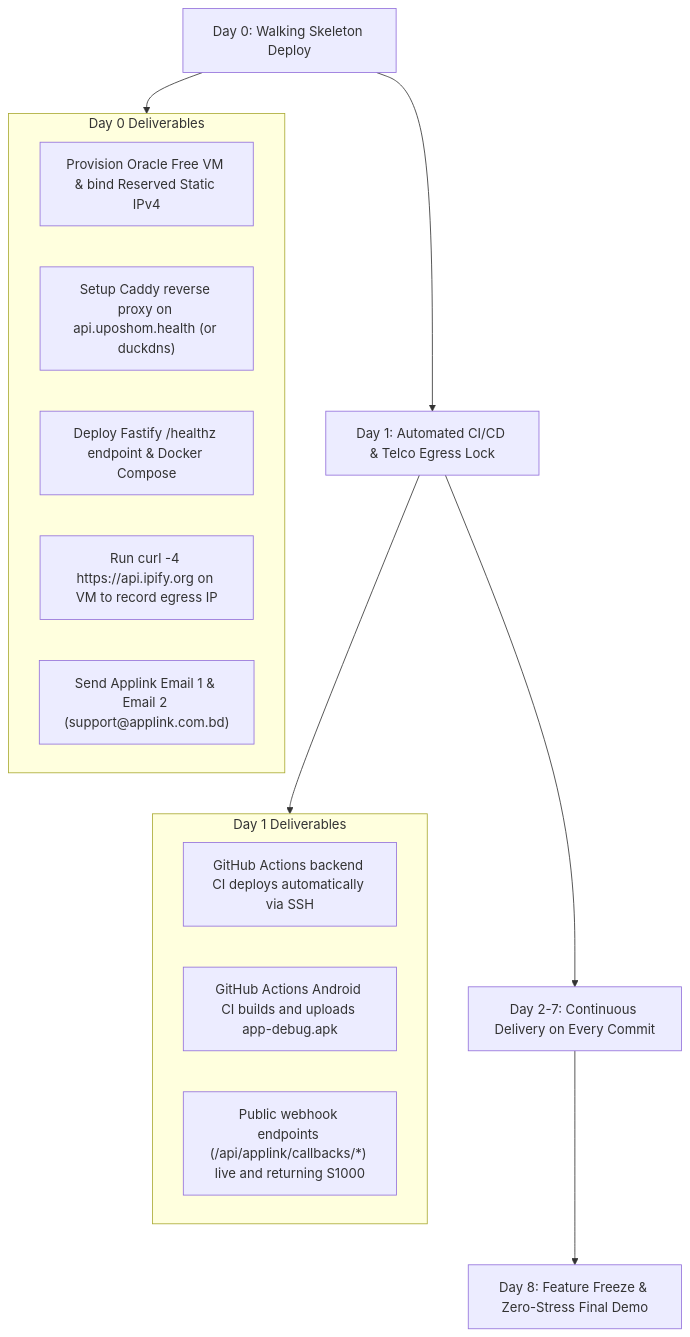
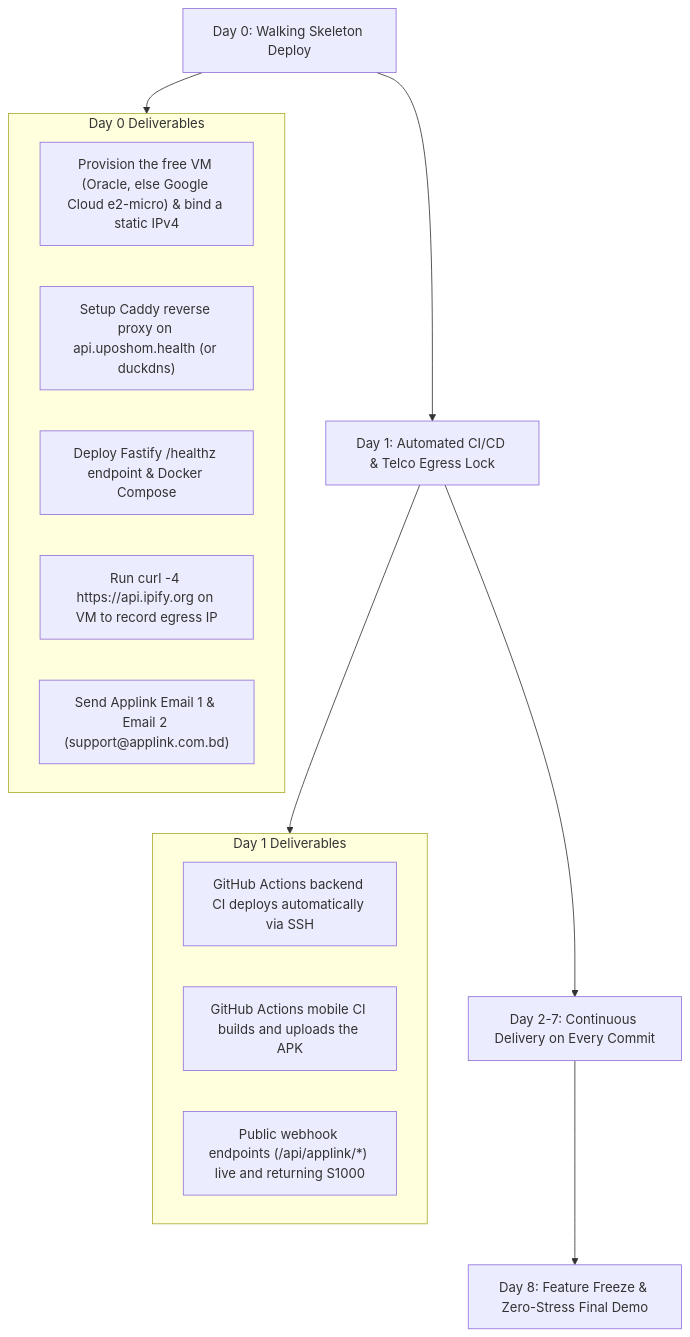
Before and after one commit to RidwanRK/Uposhom: the ninth of 9 diagrams in Master_Plan.md, drawn with Mermaid. The commit also changed other lines of this file and 2 other files, not shown here.

````diff
--- a/Master_Plan.md
+++ b/Master_Plan.md
@@ -1322,23 +1411,23 @@
 ```mermaid
 flowchart TD
     D0["Day 0: Walking Skeleton Deploy"] --> D1["Day 1: Automated CI/CD & Telco Egress Lock"]
     D1 --> D2["Day 2-7: Continuous Delivery on Every Commit"]
     D2 --> D8["Day 8: Feature Freeze & Zero-Stress Final Demo"]
 
     subgraph D0_Tasks ["Day 0 Deliverables"]
-        T1["Provision Oracle Free VM & bind Reserved Static IPv4"]
+        T1["Provision the free VM (Oracle, else Google Cloud e2-micro) & bind a static IPv4"]
         T2["Setup Caddy reverse proxy on api.uposhom.health (or duckdns)"]
         T3["Deploy Fastify /healthz endpoint & Docker Compose"]
         T4["Run curl -4 https://api.ipify.org on VM to record egress IP"]
         T5["Send Applink Email 1 & Email 2 (support@applink.com.bd)"]
     end
 
     subgraph D1_Tasks ["Day 1 Deliverables"]
         T6["GitHub Actions backend CI deploys automatically via SSH"]
-        T7["GitHub Actions Android CI builds and uploads app-debug.apk"]
-        T8["Public webhook endpoints (/api/applink/callbacks/*) live and returning S1000"]
+        T7["GitHub Actions mobile CI builds and uploads the APK"]
+        T8["Public webhook endpoints (/api/applink/*) live and returning S1000"]
     end
 
     D0 --> D0_Tasks
     D1 --> D1_Tasks
 ```
````
